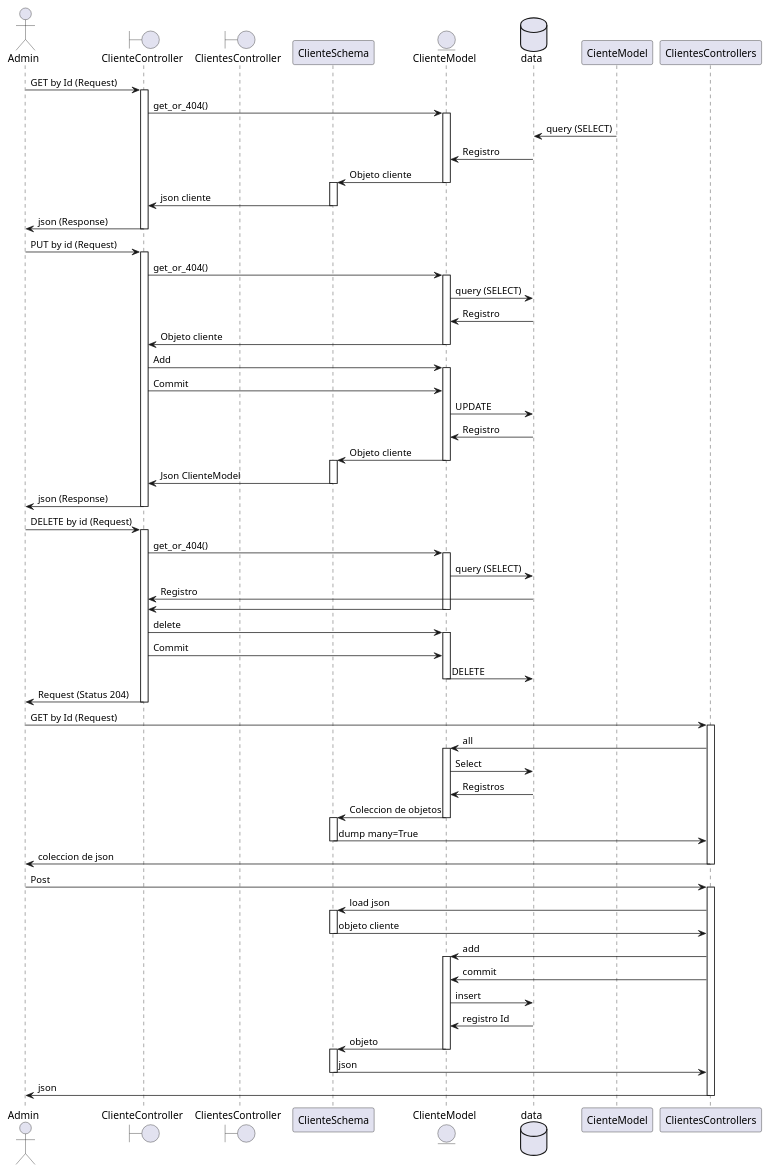
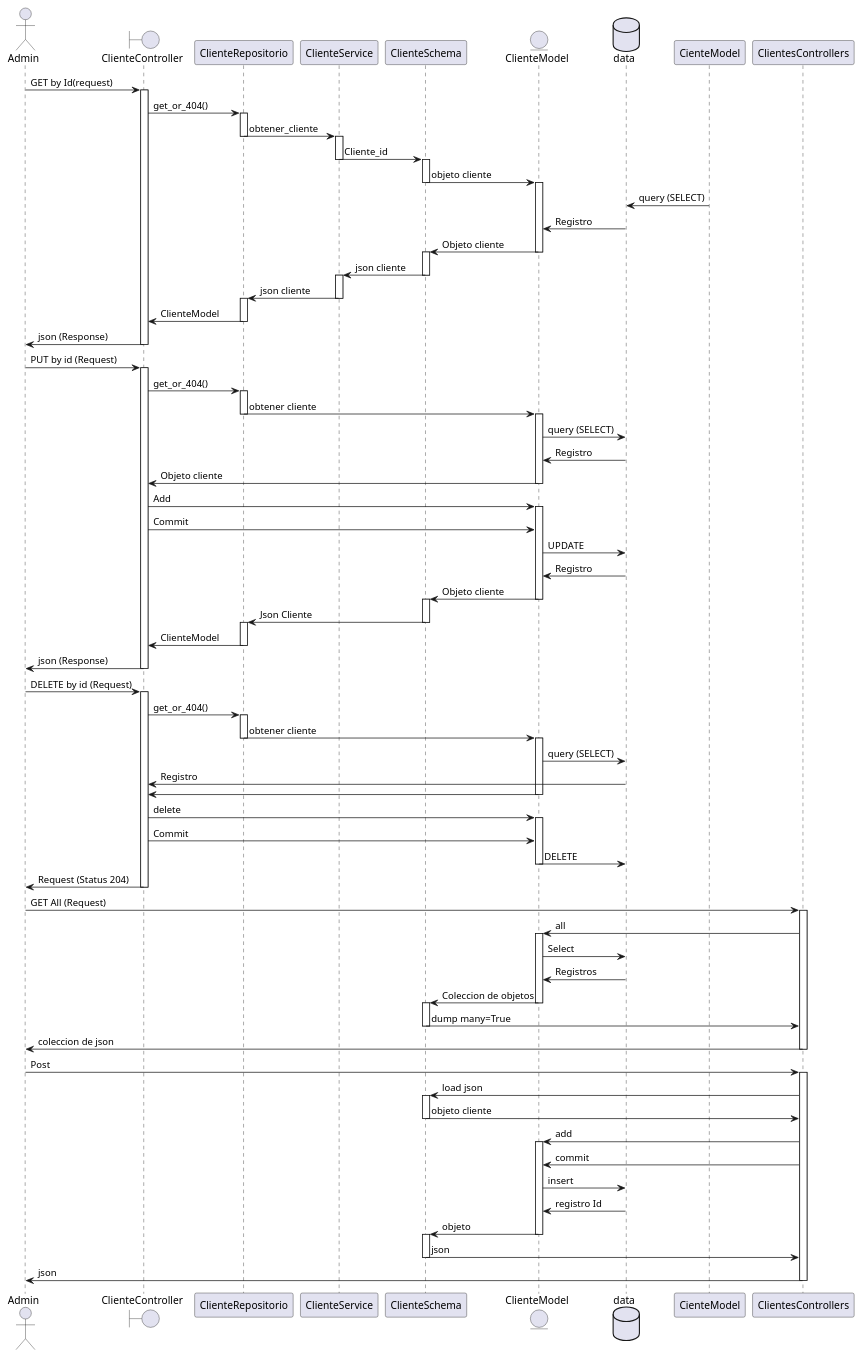
One commit to GastonFenske/Bookmaker-DS changed the diagram in docs/diagrama_secunencia_cliente.puml. Above: the diagram before and after it, drawn with PlantUML. The commit also changed 1 other file, not shown here.

Commit message:
diagrama secuencia clientes

```diff
--- a/docs/diagrama_secunencia_cliente.puml
+++ b/docs/diagrama_secunencia_cliente.puml
@@ -1,95 +1,121 @@
 @startuml
 
 actor Admin
 boundary ClienteController
-boundary ClientesController
+participant ClienteRepositorio
+participant ClienteService
 participant ClienteSchema
 entity ClienteModel
 database data
 
-Admin -> ClienteController: GET by Id (Request)
+
+Admin -> ClienteController: GET by Id(request)
 activate ClienteController
-ClienteController -> ClienteModel: get_or_404()
+ClienteController -> ClienteRepositorio: get_or_404()
+activate ClienteRepositorio
+ClienteRepositorio -> ClienteService: obtener_cliente
+deactivate ClienteRepositorio
+activate ClienteService
+ClienteService -> ClienteSchema: Cliente_id
+deactivate ClienteService
+activate ClienteSchema
+ClienteSchema -> ClienteModel: objeto cliente
+deactivate ClienteSchema
 activate ClienteModel
 CienteModel -> data: query (SELECT)
 ClienteModel <- data: Registro
 ClienteSchema <- ClienteModel: Objeto cliente
 deactivate ClienteModel
 activate ClienteSchema
-ClienteController <- ClienteSchema: json cliente
+ClienteService <- ClienteSchema: json cliente
 deactivate ClienteSchema
+activate ClienteService 
+ClienteRepositorio <- ClienteService: json cliente
+deactivate ClienteService
+activate ClienteRepositorio
+ClienteController <- ClienteRepositorio: ClienteModel
+deactivate ClienteRepositorio
 Admin <- ClienteController: json (Response)
 deactivate ClienteController
 
 
 Admin -> ClienteController: PUT by id (Request)
 activate ClienteController
-ClienteController -> ClienteModel: get_or_404()
+ClienteController -> ClienteRepositorio: get_or_404()
+activate ClienteRepositorio
+ClienteRepositorio -> ClienteModel: obtener cliente
+deactivate ClienteRepositorio
 activate ClienteModel
 ClienteModel -> data: query (SELECT)
 ClienteModel <- data: Registro
 ClienteController <-ClienteModel: Objeto cliente
 deactivate ClienteModel
 ClienteController -> ClienteModel: Add
 activate ClienteModel
 ClienteController -> ClienteModel: Commit
 ClienteModel -> data: UPDATE
 ClienteModel <- data: Registro
 ClienteSchema <- ClienteModel: Objeto cliente
 deactivate ClienteModel
 activate ClienteSchema
-ClienteController <- ClienteSchema: Json ClienteModel
+ClienteRepositorio <- ClienteSchema: Json Cliente
 deactivate ClienteSchema
+activate ClienteRepositorio
+ClienteController <- ClienteRepositorio: ClienteModel
+deactivate ClienteRepositorio
 Admin <- ClienteController: json (Response)
 deactivate ClienteController
 
 Admin -> ClienteController: DELETE by id (Request)
 activate ClienteController
-ClienteController -> ClienteModel: get_or_404()
+ClienteController -> ClienteRepositorio: get_or_404()
+activate ClienteRepositorio
+ClienteRepositorio -> ClienteModel: obtener cliente
+deactivate ClienteRepositorio
 activate ClienteModel
 ClienteModel -> data: query (SELECT)
 ClienteController <- data: Registro
 ClienteController <- ClienteModel
 deactivate ClienteModel
 ClienteController -> ClienteModel: delete
 activate ClienteModel
 ClienteController -> ClienteModel: Commit
 ClienteModel -> data: DELETE 
 deactivate ClienteModel
 Admin <- ClienteController: Request (Status 204)
 deactivate ClienteController
 
-Admin -> ClientesControllers: GET by Id (Request)
+Admin -> ClientesControllers: GET All (Request)
 activate ClientesControllers
 ClientesControllers -> ClienteModel: all
 activate ClienteModel
 ClienteModel -> data: Select
 ClienteModel <- data: Registros
 ClienteSchema <- ClienteModel: Coleccion de objetos
 deactivate ClienteModel
 activate ClienteSchema
 ClientesControllers <- ClienteSchema: dump many=True
 deactivate ClienteSchema
 Admin <- ClientesControllers: coleccion de json
 deactivate ClientesControllers
 
 Admin -> ClientesControllers: Post 
 activate ClientesControllers
 ClientesControllers -> ClienteSchema: load json
 activate ClienteSchema
 ClientesControllers <- ClienteSchema: objeto cliente
 deactivate ClienteSchema
 ClientesControllers -> ClienteModel: add
 activate ClienteModel
 ClientesControllers -> ClienteModel: commit
 ClienteModel -> data: insert
 ClienteModel <- data: registro Id
 ClienteSchema <- ClienteModel: objeto
 deactivate ClienteModel
 activate ClienteSchema
 ClientesControllers <- ClienteSchema: json
 deactivate ClienteSchema
 Admin <- ClientesControllers: json
 deactivate ClientesControllers
 
 @enduml
```
